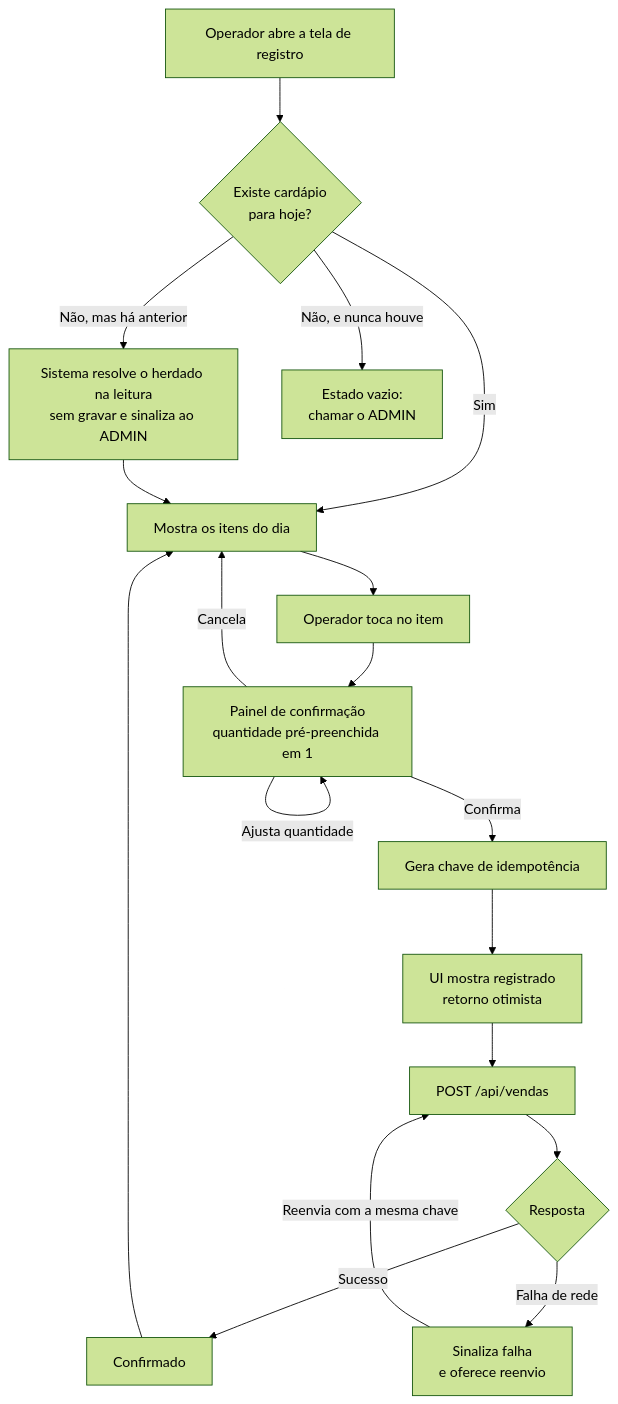
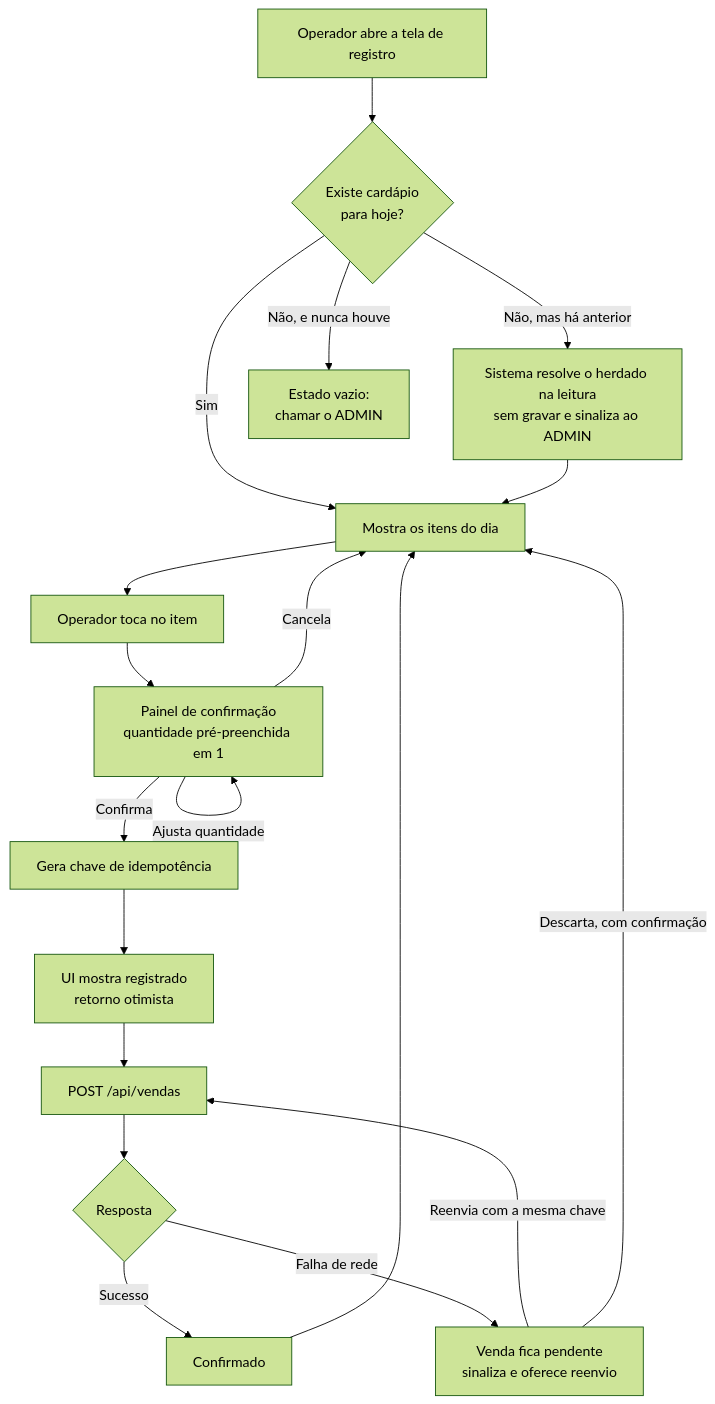
Before and after one commit to thiagolbf/prato_certo: the first of 3 diagrams in docs/prds/PRD-001-controle-vendas-pf-marmitas.md, drawn with Mermaid (forest theme). The commit also changed other lines of this file and 2 other files, not shown here.

````diff
--- a/docs/prds/PRD-001-controle-vendas-pf-marmitas.md
+++ b/docs/prds/PRD-001-controle-vendas-pf-marmitas.md
@@ -159,20 +159,21 @@
 ```mermaid
 flowchart TD
     A[Operador abre a tela de registro] --> B{Existe cardápio<br/>para hoje?}
     B -->|Não, mas há anterior| C[Sistema resolve o herdado na leitura<br/>sem gravar e sinaliza ao ADMIN]
     B -->|Não, e nunca houve| D[Estado vazio:<br/>chamar o ADMIN]
     B -->|Sim| E[Mostra os itens do dia]
     C --> E
     E --> F[Operador toca no item]
     F --> G[Painel de confirmação<br/>quantidade pré-preenchida em 1]
     G -->|Ajusta quantidade| G
     G -->|Cancela| E
     G -->|Confirma| H[Gera chave de idempotência]
     H --> I[UI mostra registrado<br/>retorno otimista]
     I --> J[POST /api/vendas]
     J --> K{Resposta}
     K -->|Sucesso| L[Confirmado]
-    K -->|Falha de rede| M[Sinaliza falha<br/>e oferece reenvio]
+    K -->|Falha de rede| M[Venda fica pendente<br/>sinaliza e oferece reenvio]
     M -->|Reenvia com a mesma chave| J
+    M -->|Descarta, com confirmação| E
     L --> E
 ```
````
